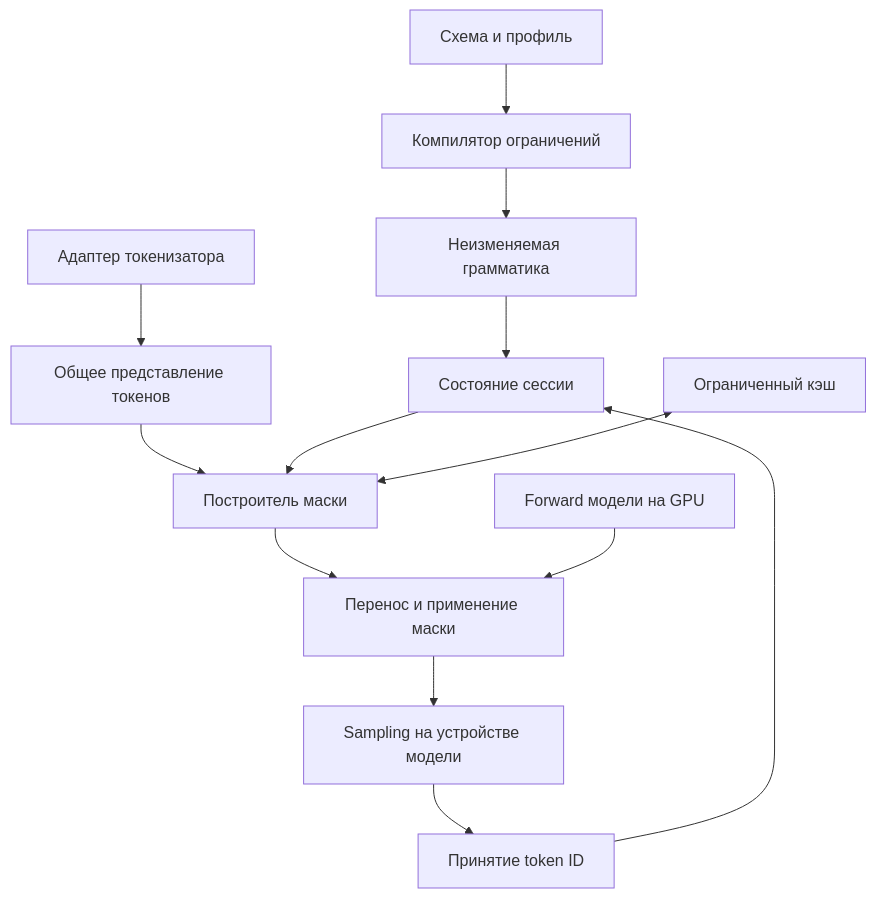
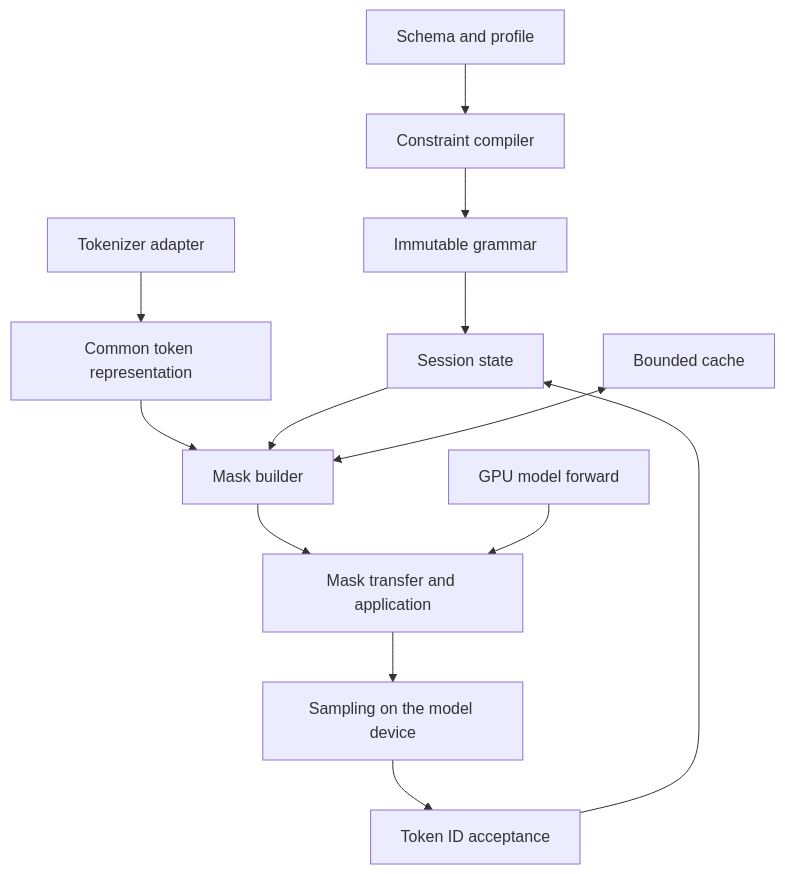
The diagram in docs/architecture.md (wpartscom/bolorgir), drawn with Mermaid before and after one commit. The commit also changed other lines of this file and 951 other files, not shown here.

```diff
--- a/docs/architecture.md
+++ b/docs/architecture.md
@@ -9,15 +11,15 @@
 ~~~mermaid
 flowchart TD
-    A[Схема и профиль] --> C[Компилятор ограничений]
-    B[Адаптер токенизатора] --> T[Общее представление токенов]
-    C --> G[Неизменяемая грамматика]
-    G --> S[Состояние сессии]
-    T --> M[Построитель маски]
+    A[Schema and profile] --> C[Constraint compiler]
+    B[Tokenizer adapter] --> T[Common token representation]
+    C --> G[Immutable grammar]
+    G --> S[Session state]
+    T --> M[Mask builder]
     S --> M
-    K[Ограниченный кэш] <--> M
-    M --> P[Перенос и применение маски]
-    F[Forward модели на GPU] --> P
-    P --> Q[Sampling на устройстве модели]
-    Q --> U[Принятие token ID]
+    K[Bounded cache] <--> M
+    M --> P[Mask transfer and application]
+    F[GPU model forward] --> P
+    P --> Q[Sampling on the model device]
+    Q --> U[Token ID acceptance]
     U --> S
 ~~~
```
